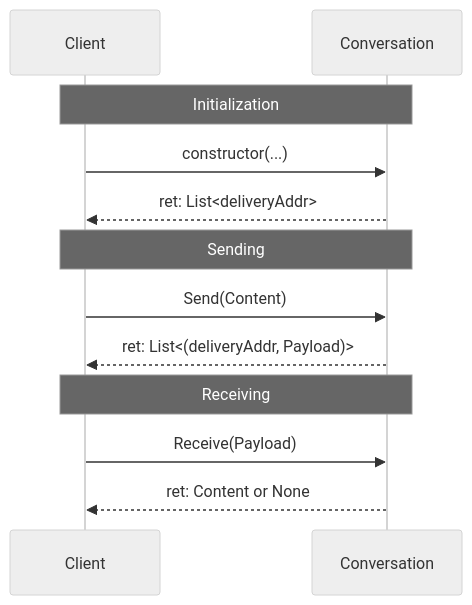
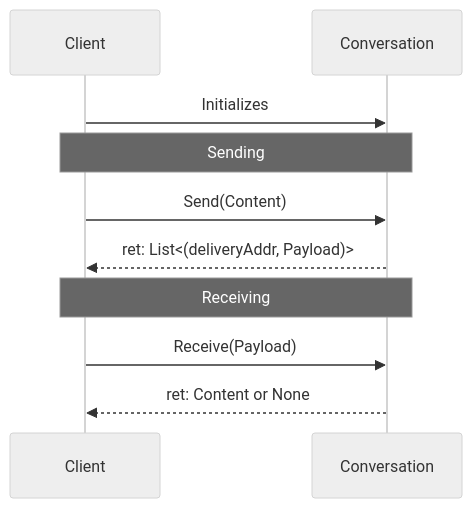
Before and after one commit to logos-co/logos-lips: the diagram in docs/messaging/raw/conversationtypes.md, drawn with Mermaid (neutral theme). The commit also changed other lines of this file, not shown here.

Commit message:
Update high-level-flow diagram

````diff
--- a/docs/messaging/raw/conversationtypes.md
+++ b/docs/messaging/raw/conversationtypes.md
@@ -69,17 +69,15 @@
 ```mermaid
 sequenceDiagram
     participant A as Client
     participant C as Conversation
 
-    Note over A,C : Initialization
-    A ->> C: constructor(...)
-    C -->> A: ret: List<deliveryAddr>
+    A ->> C: Initializes
 
     Note over A,C : Sending
     A ->> C : Send(Content)
     C -->> A : ret: List<(deliveryAddr, Payload)>
 
     Note over A,C : Receiving
     A ->> C : Receive(Payload)
     C -->> A : ret: Content or None
 ```
````
